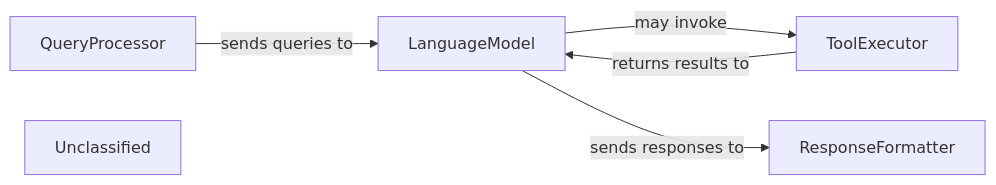
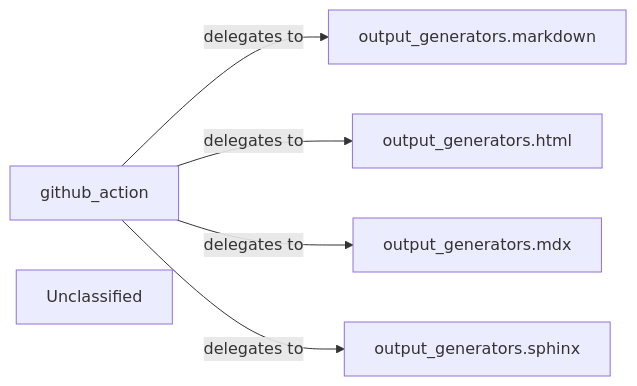
The third of 6 diagrams in docs/development/architecture.md (mariyam866/CodeBoarding), drawn with Mermaid before and after one commit. The commit also changed other lines of this file and 15 other files, not shown here.

First line of the commit message:
docs: update codeboarding documentation and generate architecture

````diff
--- a/docs/development/architecture.md
+++ b/docs/development/architecture.md
@@ -439,12 +207,13 @@
 ```mermaid
 graph LR
-    QueryProcessor["QueryProcessor"]
-    LanguageModel["LanguageModel"]
-    ToolExecutor["ToolExecutor"]
-    ResponseFormatter["ResponseFormatter"]
+    github_action["github_action"]
+    output_generators_markdown["output_generators.markdown"]
+    output_generators_html["output_generators.html"]
+    output_generators_mdx["output_generators.mdx"]
+    output_generators_sphinx["output_generators.sphinx"]
     Unclassified["Unclassified"]
-    QueryProcessor -- "sends queries to" --> LanguageModel
-    LanguageModel -- "may invoke" --> ToolExecutor
-    ToolExecutor -- "returns results to" --> LanguageModel
-    LanguageModel -- "sends responses to" --> ResponseFormatter
+    github_action -- "delegates to" --> output_generators_markdown
+    github_action -- "delegates to" --> output_generators_html
+    github_action -- "delegates to" --> output_generators_mdx
+    github_action -- "delegates to" --> output_generators_sphinx
 ```
````
